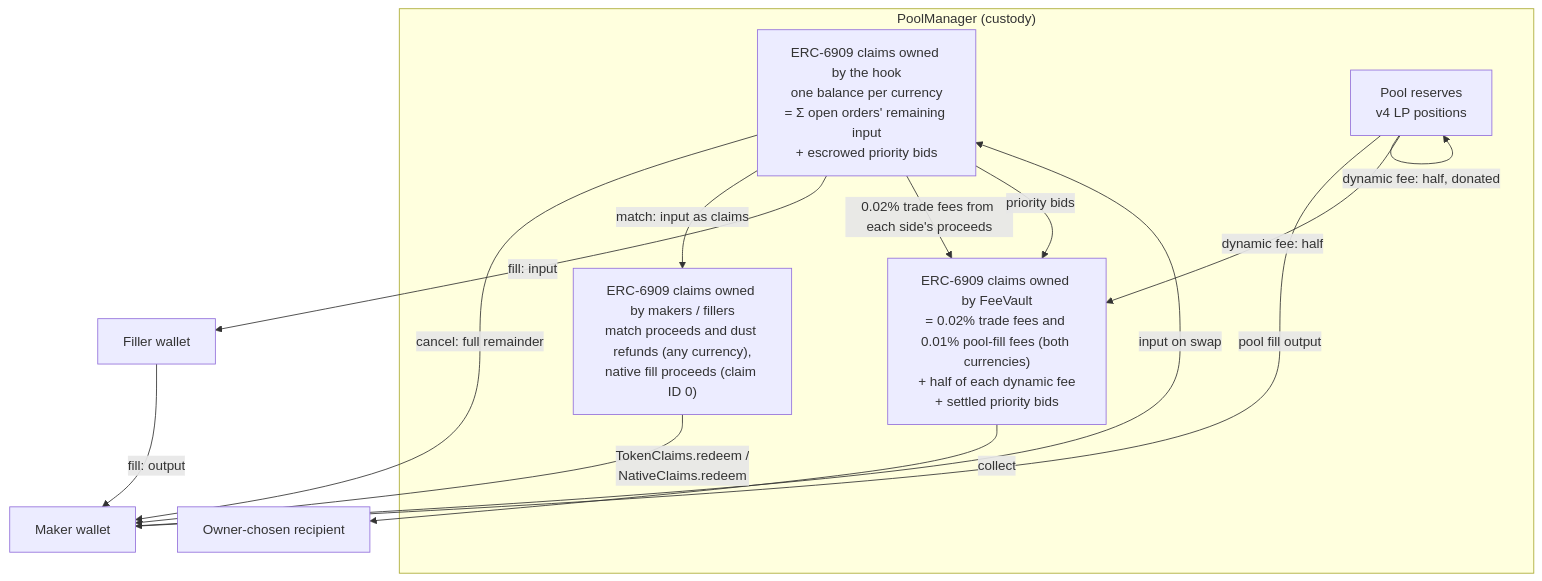
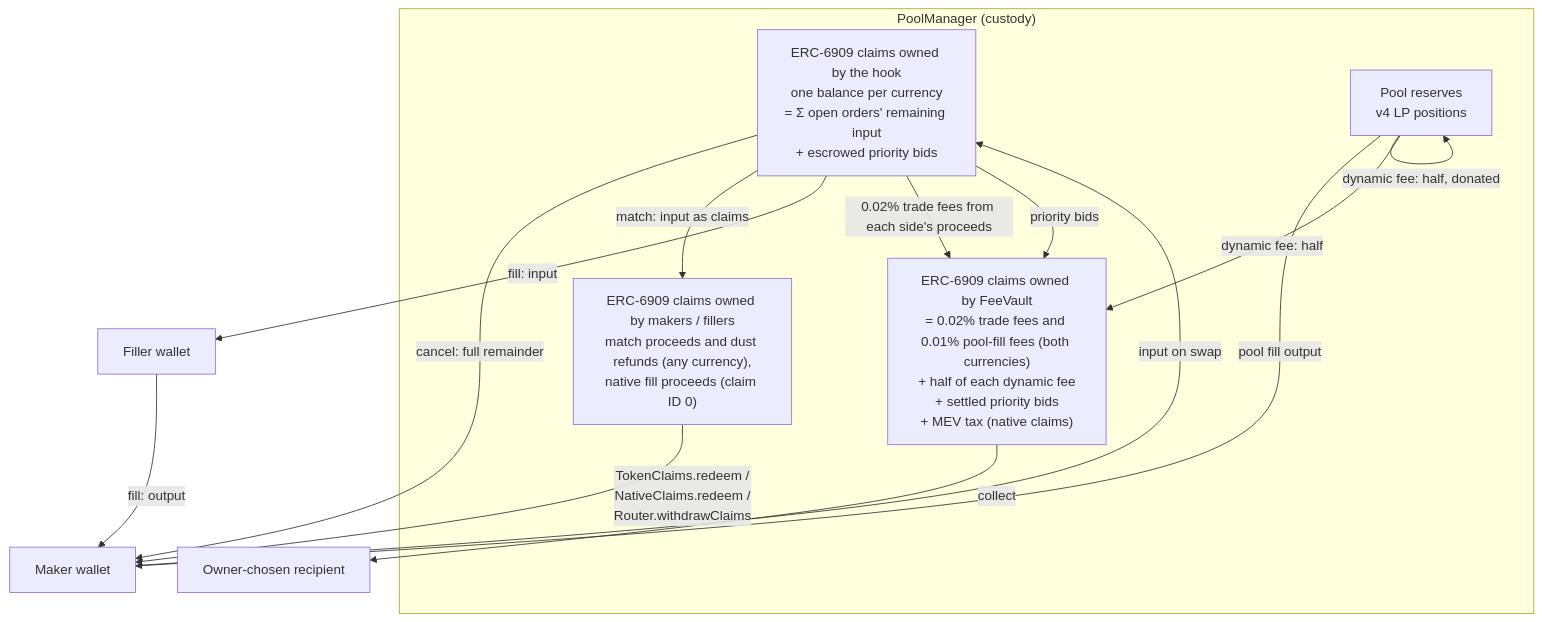
One commit to asyncswap/contracts changed the second of 5 diagrams in docs/protocol.md. Above: the diagram before and after it, drawn with Mermaid. The commit also changed other lines of this file and 43 other files, not shown here.

````diff
--- a/docs/protocol.md
+++ b/docs/protocol.md
@@ -80,21 +94,21 @@
 ```mermaid
 flowchart TB
     subgraph PoolManager["PoolManager (custody)"]
         Escrow["ERC-6909 claims owned by the hook<br/>one balance per currency<br/>= Σ open orders' remaining input<br/>+ escrowed priority bids"]
-        Fees["ERC-6909 claims owned by FeeVault<br/>= 0.02% trade fees and 0.01% pool-fill fees (both currencies)<br/>+ half of each dynamic fee<br/>+ settled priority bids"]
+        Fees["ERC-6909 claims owned by FeeVault<br/>= 0.02% trade fees and 0.01% pool-fill fees (both currencies)<br/>+ half of each dynamic fee<br/>+ settled priority bids<br/>+ MEV tax (native claims)"]
         User["ERC-6909 claims owned by makers / fillers<br/>match proceeds and dust refunds (any currency),<br/>native fill proceeds (claim ID 0)"]
         Reserves["Pool reserves<br/>v4 LP positions"]
     end
     MakerW["Maker wallet"] -->|input on swap| Escrow
     Escrow -->|cancel: full remainder| MakerW
     Escrow -->|match: input as claims| User
     Escrow -->|fill: input| CounterW["Filler wallet"]
     CounterW -->|fill: output| MakerW
     Escrow -->|0.02% trade fees from each side's proceeds| Fees
     Escrow -->|priority bids| Fees
     Reserves -->|pool fill output| MakerW
     Reserves -->|dynamic fee: half| Fees
     Reserves -->|dynamic fee: half, donated| Reserves
     Fees -->|collect| OwnerW["Owner-chosen recipient"]
-    User -->|TokenClaims.redeem /<br/>NativeClaims.redeem| MakerW
+    User -->|TokenClaims.redeem /<br/>NativeClaims.redeem /<br/>Router.withdrawClaims| MakerW
 ```
````
